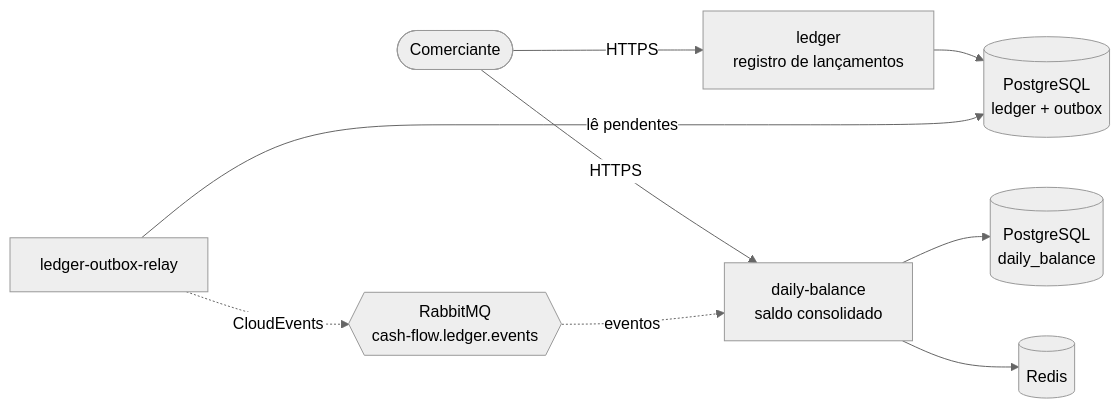
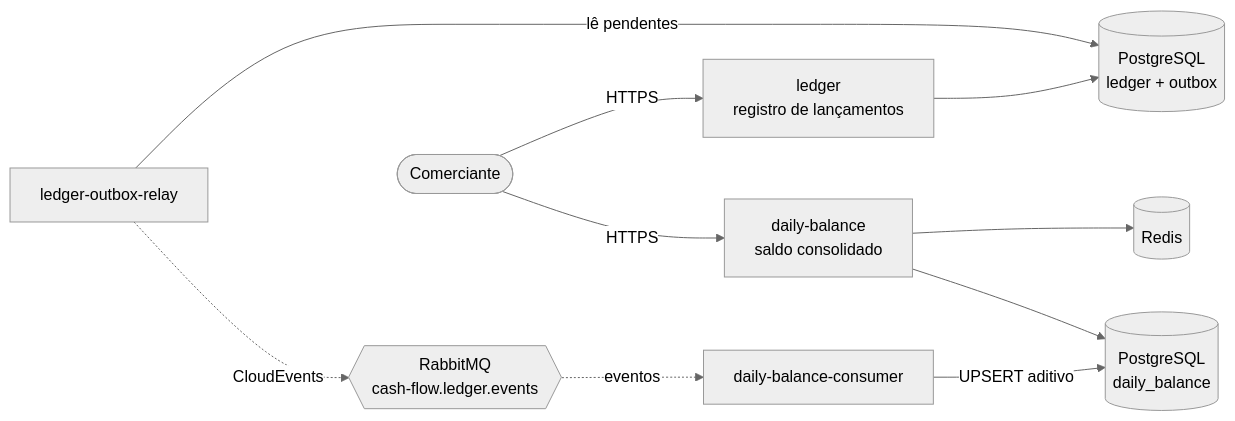
The first of 2 diagrams in README.md (joaorizzont/cash-flow-test), drawn with Mermaid (neutral theme) before and after one commit. The commit also changed other lines of this file and 74 other files, not shown here.

First line of the commit message:
feat(daily-balance): consolidate ledger events into daily balances (phase 4)

````diff
--- a/README.md
+++ b/README.md
@@ -11,11 +11,12 @@
 ```mermaid
 flowchart LR
   C(["Comerciante"]) -->|HTTPS| L["ledger<br/>registro de lançamentos"]
   C -->|HTTPS| D["daily-balance<br/>saldo consolidado"]
   L --> LDB[("PostgreSQL<br/>ledger + outbox")]
   O["ledger-outbox-relay"] -->|lê pendentes| LDB
   O -. CloudEvents .-> B{{"RabbitMQ<br/>cash-flow.ledger.events"}}
-  B -. eventos .-> D
-  D --> DDB[("PostgreSQL<br/>daily_balance")]
+  B -. eventos .-> W["daily-balance-consumer"]
+  W -->|UPSERT aditivo| DDB[("PostgreSQL<br/>daily_balance")]
+  D --> DDB
   D --> R[("Redis")]
 ```
````
